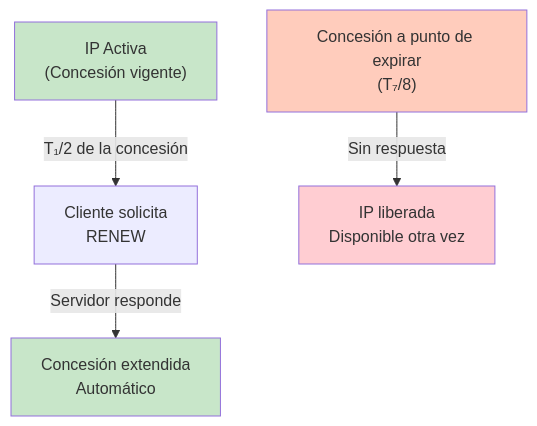
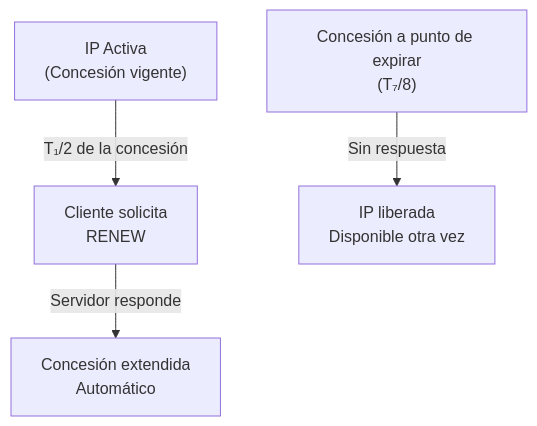
The fourth of 11 diagrams in INF423-Redes-II/Apuntes/2026-03-24-Segunda-Clase.md (chacaejosue/UAGRM-Semestre-I-2026), drawn with Mermaid before and after one commit. The commit also changed other lines of this file, not shown here.

Commit message:
Corregir problemas en los diagramas con poco contraste

````diff
--- a/INF423-Redes-II/Apuntes/2026-03-24-Segunda-Clase.md
+++ b/INF423-Redes-II/Apuntes/2026-03-24-Segunda-Clase.md
@@ -122,12 +120,7 @@
 ```mermaid
 graph TD
     A["IP Activa<br/>(Concesión vigente)"] -->|"T₁/2 de la concesión"| B["Cliente solicita<br/>RENEW"]
     B -->|"Servidor responde"| C["Concesión extendida<br/>Automático"]
     
     D["Concesión a punto de expirar<br/>(T₇/8)"] -->|"Sin respuesta"| E["IP liberada<br/>Disponible otra vez"]
-    
-    style A fill:#c8e6c9
-    style C fill:#c8e6c9
-    style D fill:#ffccbc
-    style E fill:#ffcdd2
 ```
````
